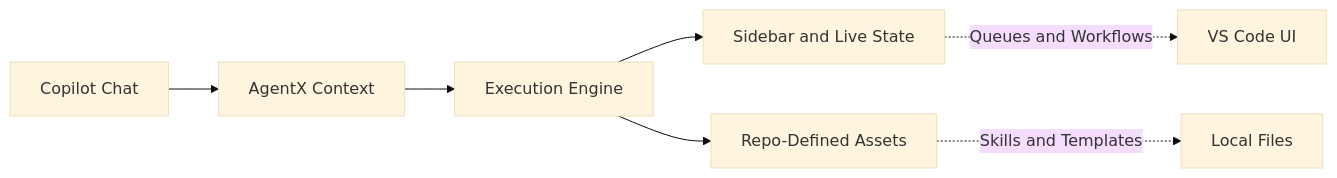
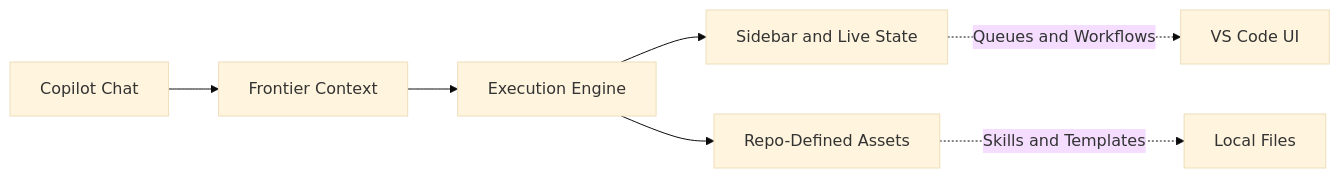
One commit to jnPiyush/AgentX changed the first of 2 diagrams in vscode-extension/README.md. Above: the diagram before and after it, drawn with Mermaid (base theme). The commit also changed other lines of this file and 664 other files, not shown here.

````diff
--- a/vscode-extension/README.md
+++ b/vscode-extension/README.md
@@ -40,10 +43,10 @@
 ```mermaid
 flowchart LR
-    Chat["Copilot Chat"] --> Context["AgentX Context"] --> Engine["Execution Engine"]
+    Chat["Copilot Chat"] --> Context["Frontier Context"] --> Engine["Execution Engine"]
 
     Engine --> View["Sidebar and Live State"]
     Engine --> File["Repo-Defined Assets"]
 
     View -.->|"Queues and Workflows"| UI["VS Code UI"]
     File -.->|"Skills and Templates"| Workspace["Local Files"]
 ```
````
